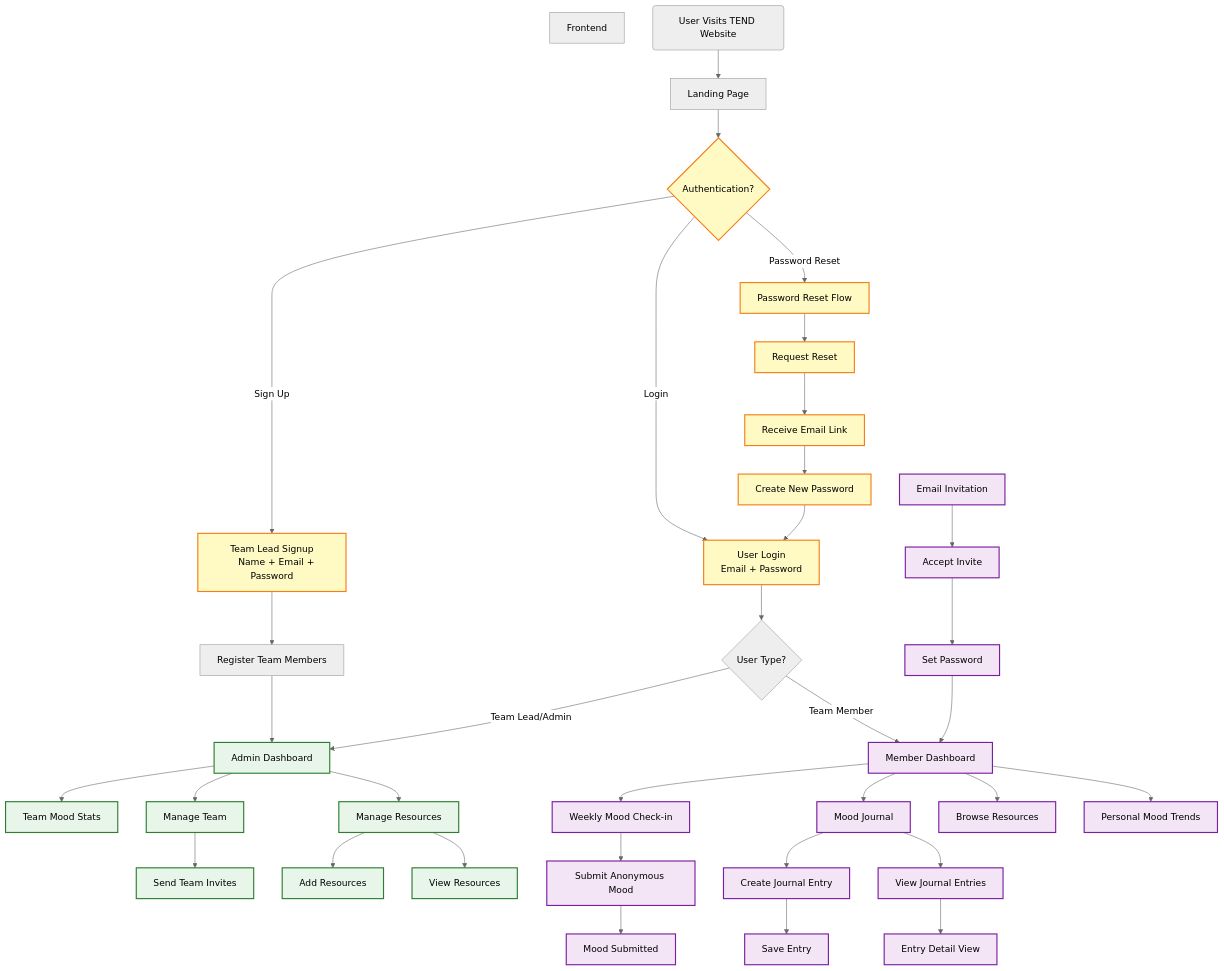
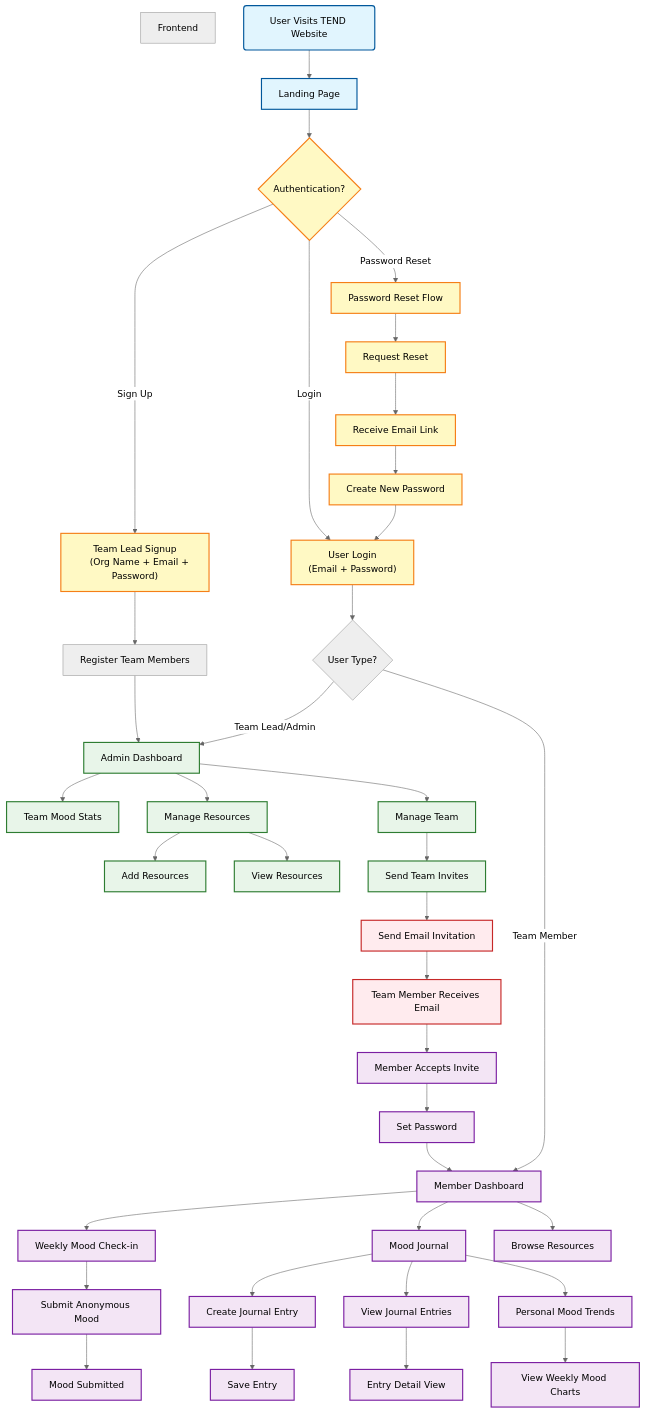
Before and after one commit to Mentorled-Projects/tend-frontend: the diagram in README.md, drawn with Mermaid (neutral theme).

Commit message:
docs: modified the system architecture to meet requirement

````diff
--- a/README.md
+++ b/README.md
@@ -109,65 +109,75 @@
 ```mermaid
 graph TD
   A[Frontend]
 
     %% Landing page flow
     Start(User Visits TEND Website) --> Landing[Landing Page]
     Landing --> Authentication{Authentication?}
     
     %% Authentication flow
-    Authentication -->|Sign Up| TeamLeadSignup[Team Lead Signup
-    Name + Email + Password]
-    Authentication -->|Login| UserLogin[User Login
-    Email + Password]
+    Authentication -->|Sign Up| TeamLeadSignup["Team Lead Signup
+    (Org Name + Email + Password)"]
+    Authentication -->|Login| UserLogin["User Login
+    (Email + Password)"]
     Authentication -->|Password Reset| ResetFlow[Password Reset Flow]
     
     ResetFlow --> RequestReset[Request Reset]
     RequestReset --> EmailConfirm[Receive Email Link]
     EmailConfirm --> CreateNewPass[Create New Password]
     CreateNewPass --> UserLogin
     
     TeamLeadSignup --> RegisterTeam[Register Team Members]
     RegisterTeam --> AdminDashboard
     
     UserLogin --> UserType{User Type?}
     
     %% Team Lead flow
     UserType -->|Team Lead/Admin| AdminDashboard[Admin Dashboard]
     AdminDashboard --> TeamStats[Team Mood Stats]
     AdminDashboard --> ManageResources[Manage Resources]
     AdminDashboard --> ManageTeam[Manage Team]
     
     ManageTeam --> SendInvites[Send Team Invites]
+    SendInvites --> EmailInvite[Send Email Invitation]
     ManageResources --> AddResources[Add Resources]
     ManageResources --> ListResources[View Resources]
     
     %% Team Member flow
     UserType -->|Team Member| MemberDashboard[Member Dashboard]
-    EmailInvite[Email Invitation] --> AcceptInvite[Accept Invite]
+    
+    %% Email invitation flow with clear connection
+    EmailInvite --> MemberReceivesEmail[Team Member Receives Email]
+    MemberReceivesEmail --> AcceptInvite[Member Accepts Invite]
     AcceptInvite --> SetPassword[Set Password]
     SetPassword --> MemberDashboard
     
+    %% Member dashboard options
     MemberDashboard --> WeeklyCheckin[Weekly Mood Check-in]
     MemberDashboard --> MoodJournal[Mood Journal]
     MemberDashboard --> BrowseResources[Browse Resources]
-    MemberDashboard --> PersonalTrends[Personal Mood Trends]
     
     WeeklyCheckin --> SubmitMood[Submit Anonymous Mood]
     SubmitMood --> MoodSubmitted[Mood Submitted]
     
+    %% Personal Mood Trend under Mood Journal as requested
     MoodJournal --> CreateEntry[Create Journal Entry]
     MoodJournal --> ViewEntries[View Journal Entries]
+    MoodJournal --> PersonalTrends[Personal Mood Trends]
+    
     CreateEntry --> SaveEntry[Save Entry]
     ViewEntries --> EntryDetail[Entry Detail View]
+    PersonalTrends --> ViewCharts[View Weekly Mood Charts]
     
     %% Styling
-    classDef landing fill:#e1f5fe,stroke:#01579b,stroke-width:2px, color:#000000
-    classDef auth fill:#fff9c4,stroke:#f57f17,stroke-width:2px, color:#000000
-    classDef admin fill:#e8f5e9,stroke:#2e7d32,stroke-width:2px, color:#000000
-    classDef member fill:#f3e5f5,stroke:#7b1fa2,stroke-width:2px, color:#000000
+    classDef landing fill:#e1f5fe,stroke:#01579b,stroke-width:2px,color:#000000
+    classDef auth fill:#fff9c4,stroke:#f57f17,stroke-width:2px,color:#000000
+    classDef admin fill:#e8f5e9,stroke:#2e7d32,stroke-width:2px,color:#000000
+    classDef member fill:#f3e5f5,stroke:#7b1fa2,stroke-width:2px,color:#000000
+    classDef email fill:#ffebee,stroke:#c62828,stroke-width:2px,color:#000000
     
-    class Start,Landing page
+    class Start,Landing landing
     class Authentication,TeamLeadSignup,UserLogin,ResetFlow,RequestReset,EmailConfirm,CreateNewPass auth
     class AdminDashboard,TeamStats,ManageResources,ManageTeam,SendInvites,AddResources,ListResources admin
-    class MemberDashboard,EmailInvite,AcceptInvite,SetPassword,WeeklyCheckin,MoodJournal,BrowseResources,PersonalTrends,SubmitMood,MoodSubmitted,CreateEntry,ViewEntries,SaveEntry,EntryDetail member
+    class MemberDashboard,AcceptInvite,SetPassword,WeeklyCheckin,MoodJournal,BrowseResources,SubmitMood,MoodSubmitted,CreateEntry,ViewEntries,SaveEntry,EntryDetail,PersonalTrends,ViewCharts member
+    class EmailInvite,MemberReceivesEmail email
 ```
````
